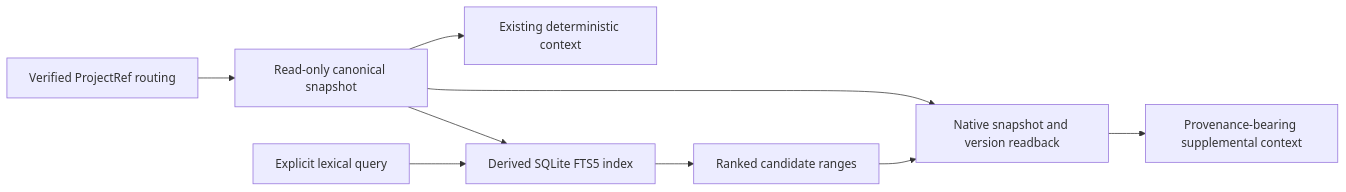
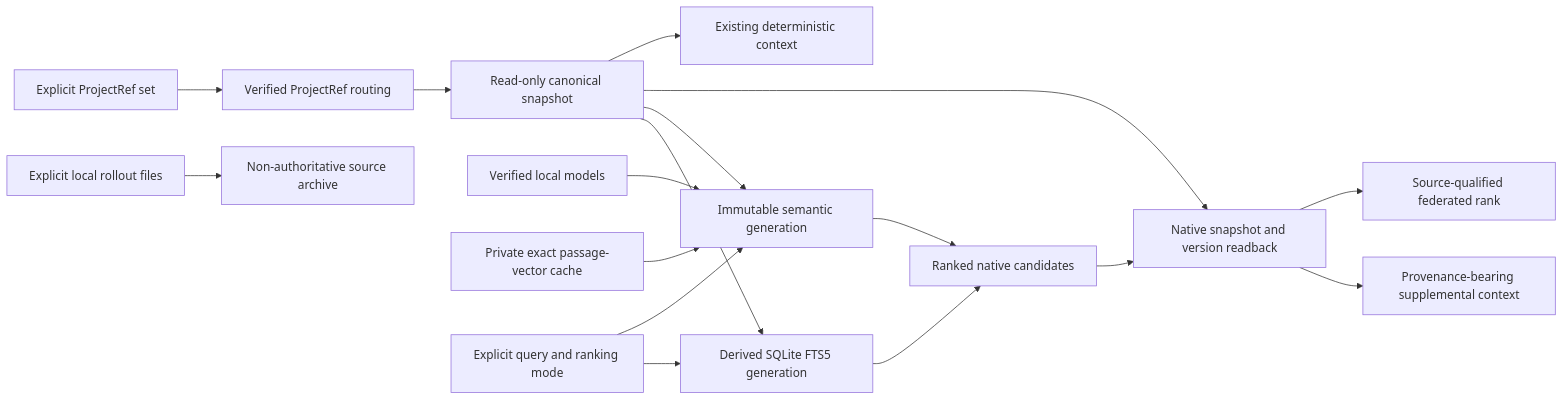
The diagram in docs/architecture/local-derived-search.md (feng2r200/WorkVCS), drawn with Mermaid before and after one commit. The commit also changed other lines of this file and 9 other files, not shown here.

Commit message:
docs(search): define explicit local retrieval operations

````diff
--- a/docs/architecture/local-derived-search.md
+++ b/docs/architecture/local-derived-search.md
@@ -13,11 +17,19 @@
 ```mermaid
 flowchart LR
     R[Verified ProjectRef routing] --> S[Read-only canonical snapshot]
-    S --> I[Derived SQLite FTS5 index]
-    Q[Explicit lexical query] --> I
-    I --> C[Ranked candidate ranges]
+    S --> I[Derived SQLite FTS5 generation]
+    S --> G[Immutable semantic generation]
+    M[Verified local models] --> G
+    E[Private exact passage-vector cache] --> G
+    Q[Explicit query and ranking mode] --> I
+    Q --> G
+    I --> C[Ranked native candidates]
+    G --> C
     C --> V[Native snapshot and version readback]
     S --> V
     V --> O[Provenance-bearing supplemental context]
+    H[Explicit local rollout files] --> A[Non-authoritative source archive]
+    F[Explicit ProjectRef set] --> R
+    V --> J[Source-qualified federated rank]
     S --> N[Existing deterministic context]
 ```
````
